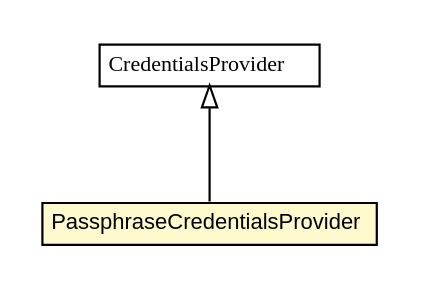
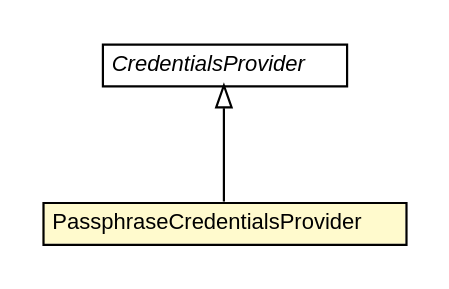
The diagram in apidocs/net/trajano/wagon/git/internal/PassphraseCredentialsProvider.dot (trajano/wagon-git), drawn with Graphviz before and after one commit. The commit also changed 117 other files, not shown here.

```diff
--- a/apidocs/net/trajano/wagon/git/internal/PassphraseCredentialsProvider.dot
+++ b/apidocs/net/trajano/wagon/git/internal/PassphraseCredentialsProvider.dot
@@ -1,26 +1,26 @@
 #!/usr/local/bin/dot
 #
 # Class diagram 
 # Generated by UMLGraph version R5_6-24-gf6e263 (http://www.umlgraph.org/)
 #
 
 digraph G {
-	edge [fontname="arial",fontsize=10,labelfontname="arial",labelfontsize=10];
-	node [fontname="arial",fontsize=10,shape=plaintext];
+	edge [fontname="Helvetica",fontsize=10,labelfontname="Helvetica",labelfontsize=10];
+	node [fontname="Helvetica",fontsize=10,shape=plaintext];
 	nodesep=0.25;
 	ranksep=0.5;
 	// net.trajano.wagon.git.internal.PassphraseCredentialsProvider
 	c42 [label=<<table title="net.trajano.wagon.git.internal.PassphraseCredentialsProvider" border="0" cellborder="1" cellspacing="0" cellpadding="2" port="p" bgcolor="lemonChiffon" href="./PassphraseCredentialsProvider.html">
 		<tr><td><table border="0" cellspacing="0" cellpadding="1">
 <tr><td align="center" balign="center"> PassphraseCredentialsProvider </td></tr>
 		</table></td></tr>
-		</table>>, URL="./PassphraseCredentialsProvider.html", fontname="arial", fontcolor="black", fontsize=10.0];
+		</table>>, URL="./PassphraseCredentialsProvider.html", fontname="Helvetica", fontcolor="black", fontsize=10.0];
 	//net.trajano.wagon.git.internal.PassphraseCredentialsProvider extends org.eclipse.jgit.transport.CredentialsProvider
 	c45:p -> c42:p [dir=back,arrowtail=empty];
 	// org.eclipse.jgit.transport.CredentialsProvider
 	c45 [label=<<table title="org.eclipse.jgit.transport.CredentialsProvider" border="0" cellborder="1" cellspacing="0" cellpadding="2" port="p" href="http://java.sun.com/j2se/1.4.2/docs/api/org/eclipse/jgit/transport/CredentialsProvider.html">
 		<tr><td><table border="0" cellspacing="0" cellpadding="1">
-<tr><td align="center" balign="center"><font face="arial italic"> CredentialsProvider </font></td></tr>
+<tr><td align="center" balign="center"><font face="Helvetica-Oblique"> CredentialsProvider </font></td></tr>
 		</table></td></tr>
-		</table>>, URL="http://java.sun.com/j2se/1.4.2/docs/api/org/eclipse/jgit/transport/CredentialsProvider.html", fontname="arial", fontcolor="black", fontsize=10.0];
+		</table>>, URL="http://java.sun.com/j2se/1.4.2/docs/api/org/eclipse/jgit/transport/CredentialsProvider.html", fontname="Helvetica", fontcolor="black", fontsize=10.0];
 }
```
